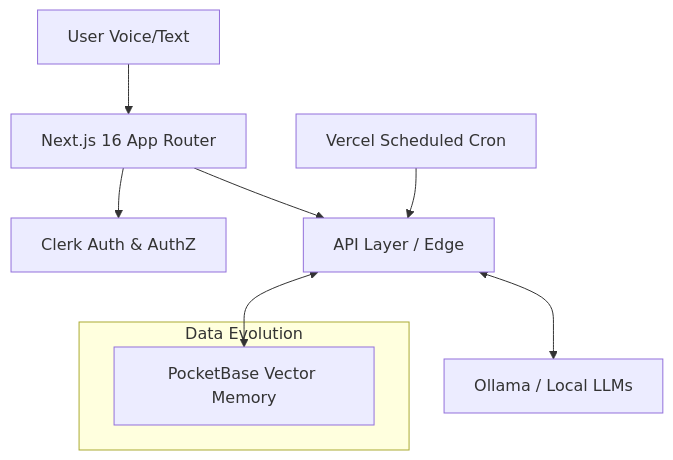
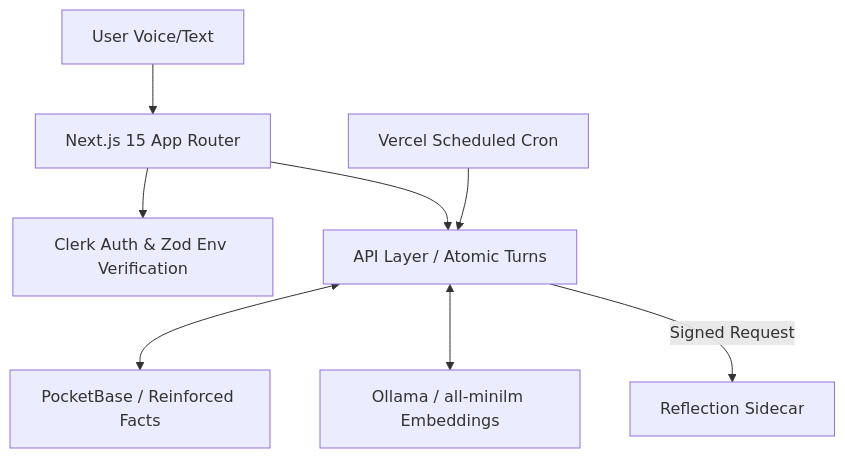
The diagram in README.md (Moeabdelaziz007/digitaltwin-local-agent), drawn with Mermaid before and after one commit. The commit also changed other lines of this file and 18 other files, not shown here.

Commit message:
feat: implement distributed tracing system with PocketBase integration and observability dashboard.

````diff
--- a/README.md
+++ b/README.md
@@ -44,12 +74,10 @@
 ```mermaid
 graph TD
-  U[User Voice/Text] --> W[Next.js 16 App Router]
-  W --> C[Clerk Auth & AuthZ]
-  W --> A[API Layer / Edge]
-  A <--> P[PocketBase Vector Memory]
-  A <--> O[Ollama / Local LLMs]
+  U[User Voice/Text] --> W[Next.js 15 App Router]
+  W --> C[Clerk Auth & Zod Env Verification]
+  W --> A[API Layer / Atomic Turns]
+  A <--> P[PocketBase / Reinforced Facts]
+  A <--> O[Ollama / all-minilm Embeddings]
+  A -- Signed Request --> S[Reflection Sidecar]
   V[Vercel Scheduled Cron] --> A
-  subgraph Data Evolution
-    P
-  end
 ```
````
